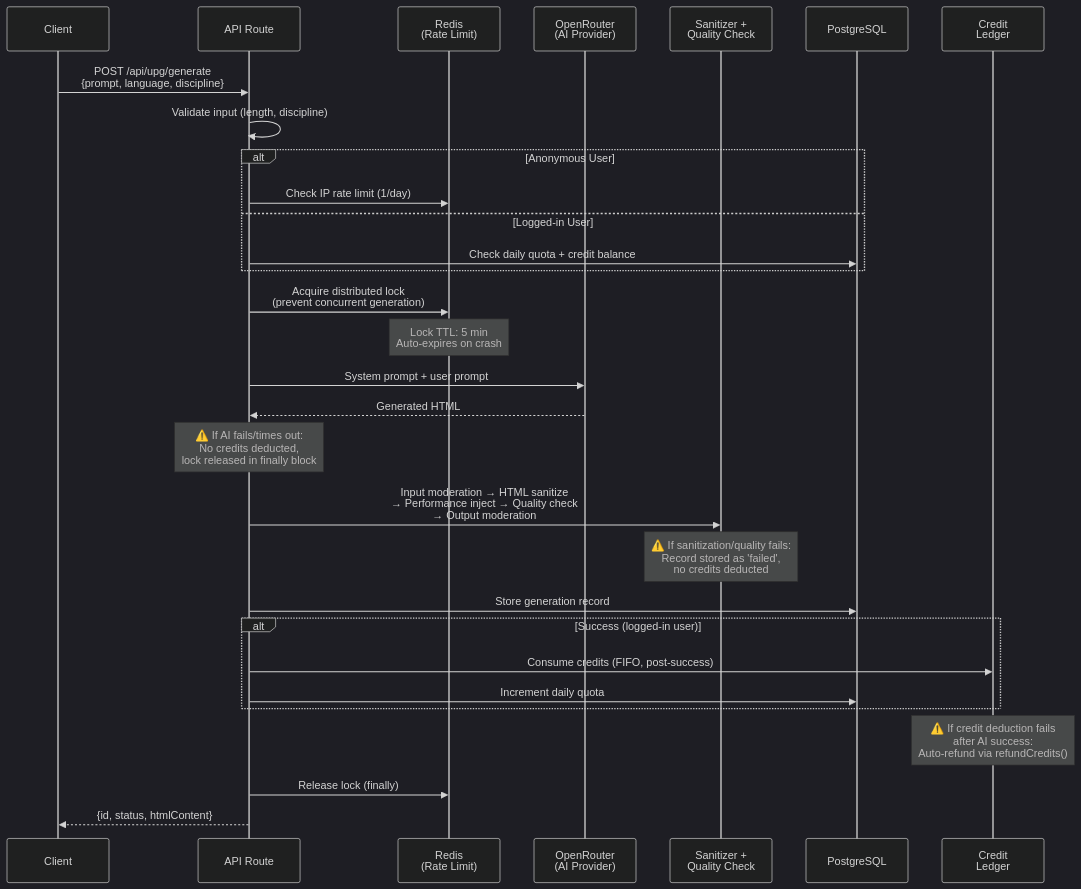
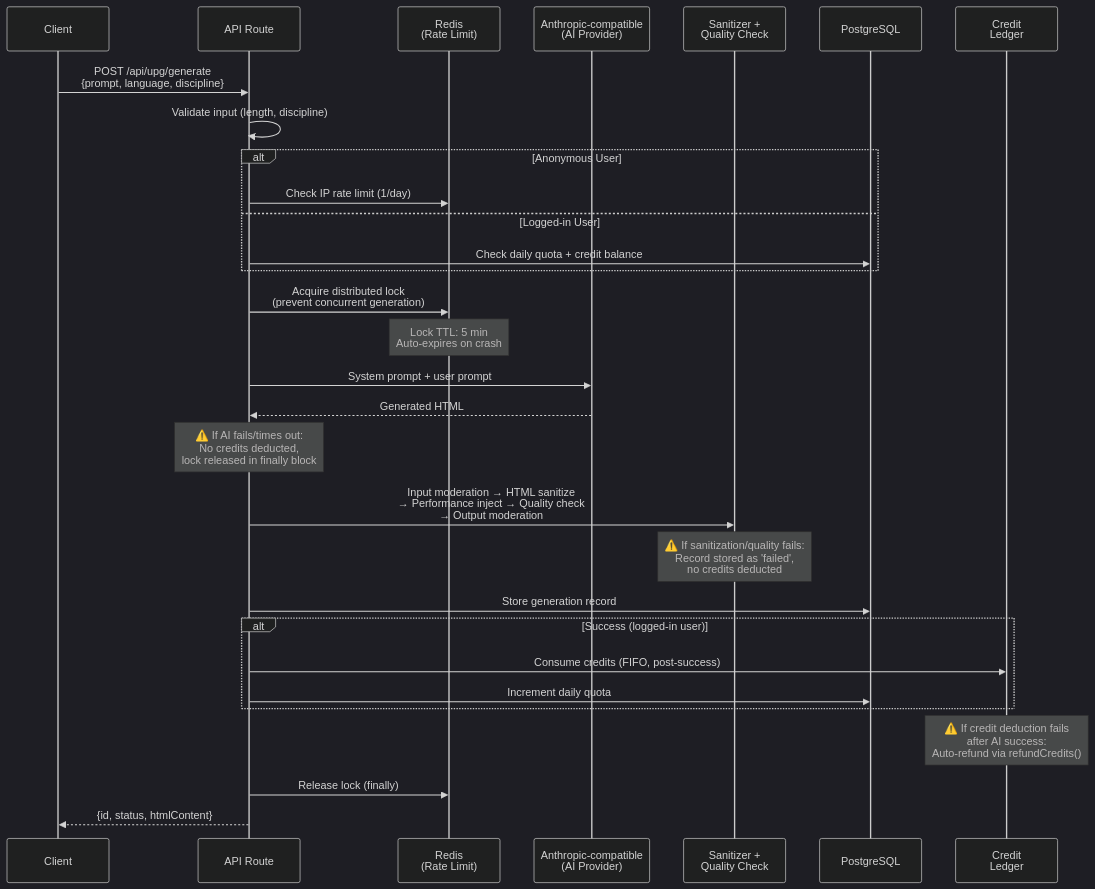
The second of 4 diagrams in ARCHITECTURE.md (helendevenk/scivra), drawn with Mermaid (dark theme) before and after one commit. The commit also changed other lines of this file and 6 other files, not shown here.

````diff
--- a/ARCHITECTURE.md
+++ b/ARCHITECTURE.md
@@ -281,44 +282,44 @@
 ```mermaid
 sequenceDiagram
     participant C as Client
     participant API as API Route
     participant RL as Redis<br>(Rate Limit)
-    participant AI as OpenRouter<br>(AI Provider)
+    participant AI as Anthropic-compatible<br>(AI Provider)
     participant SAN as Sanitizer +<br>Quality Check
     participant DB as PostgreSQL
     participant CR as Credit<br>Ledger
 
     C->>API: POST /api/upg/generate<br>{prompt, language, discipline}
     API->>API: Validate input (length, discipline)
 
     alt Anonymous User
         API->>RL: Check IP rate limit (1/day)
     else Logged-in User
         API->>DB: Check daily quota + credit balance
     end
 
     API->>RL: Acquire distributed lock<br>(prevent concurrent generation)
 
     Note over RL: Lock TTL: 5 min<br>Auto-expires on crash
 
     API->>AI: System prompt + user prompt
     AI-->>API: Generated HTML
 
     Note over API: ⚠️ If AI fails/times out:<br>No credits deducted,<br>lock released in finally block
 
     API->>SAN: Input moderation → HTML sanitize<br>→ Performance inject → Quality check<br>→ Output moderation
 
     Note over SAN: ⚠️ If sanitization/quality fails:<br>Record stored as 'failed',<br>no credits deducted
 
     API->>DB: Store generation record
 
     alt Success (logged-in user)
         API->>CR: Consume credits (FIFO, post-success)
         API->>DB: Increment daily quota
     end
 
     Note over CR: ⚠️ If credit deduction fails<br>after AI success:<br>Auto-refund via refundCredits()
 
     API->>RL: Release lock (finally)
     API-->>C: {id, status, htmlContent}
 ```
````
